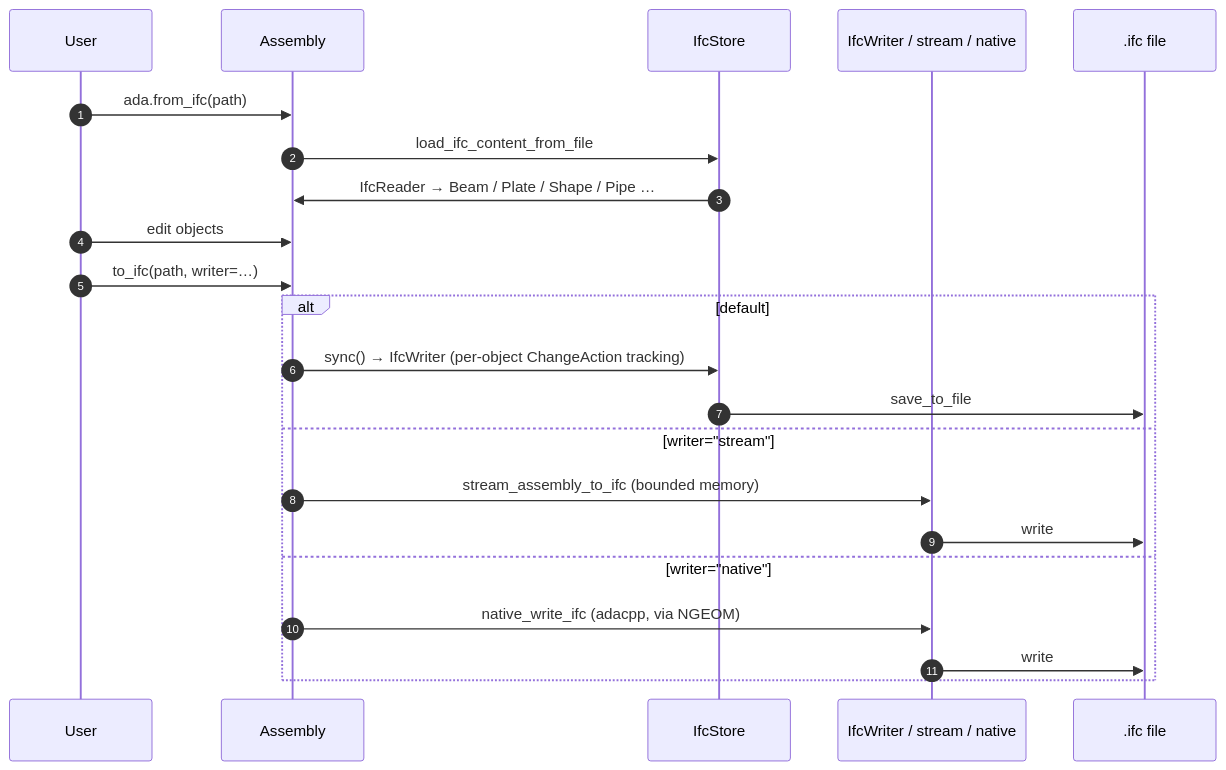
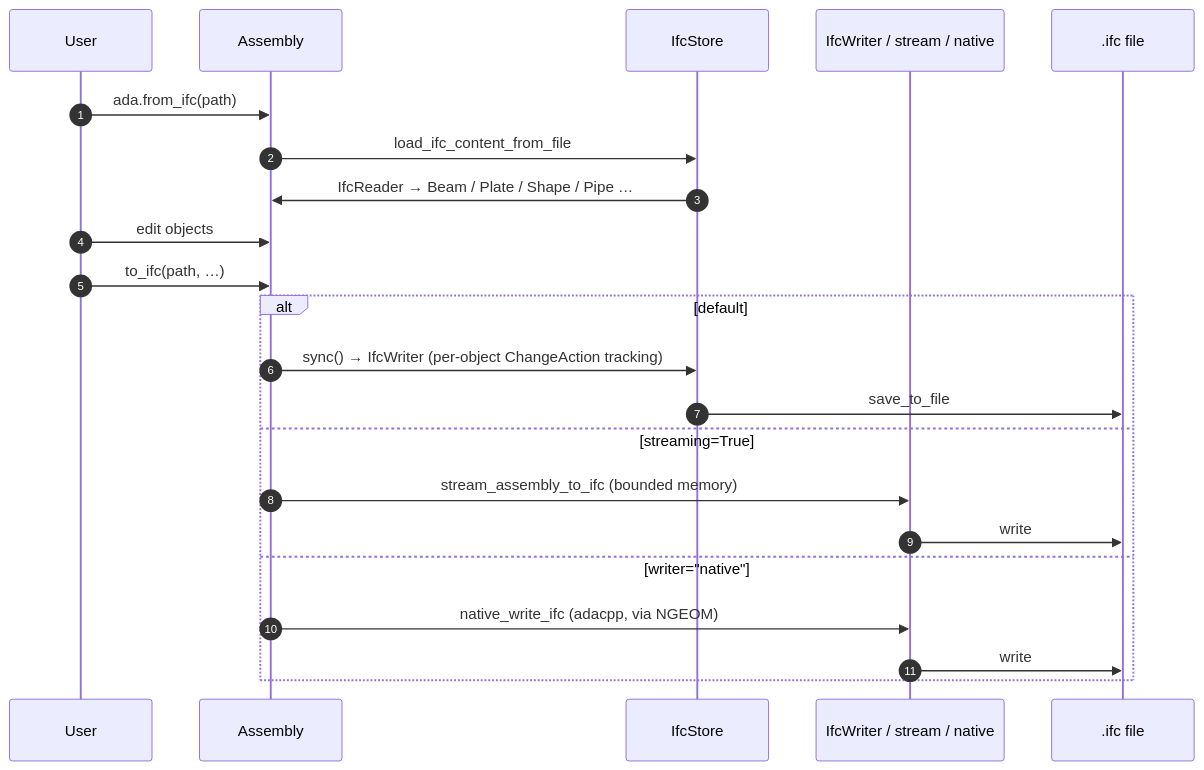
One commit to Krande/adapy changed the second of 2 diagrams in docs/architecture/interop.md. Above: the diagram before and after it, drawn with Mermaid. The commit also changed 8 other files, not shown here.

First line of the commit message:
fix: keep to_ifc's native writer off ifcopenshell.validate and accept any PathLike in from_fem

````diff
--- a/docs/architecture/interop.md
+++ b/docs/architecture/interop.md
@@ -88,25 +88,25 @@
 ```mermaid
 sequenceDiagram
     autonumber
     participant U as User
     participant A as Assembly
     participant S as IfcStore
     participant W as IfcWriter / stream / native
     participant F as .ifc file
 
     U->>A: ada.from_ifc(path)
     A->>S: load_ifc_content_from_file
     S->>A: IfcReader → Beam / Plate / Shape / Pipe …
     U->>A: edit objects
-    U->>A: to_ifc(path, writer=…)
+    U->>A: to_ifc(path, …)
     alt default
         A->>S: sync() → IfcWriter (per-object ChangeAction tracking)
         S->>F: save_to_file
-    else writer="stream"
+    else streaming=True
         A->>W: stream_assembly_to_ifc (bounded memory)
         W->>F: write
     else writer="native"
         A->>W: native_write_ifc (adacpp, via NGEOM)
         W->>F: write
     end
 ```
````
